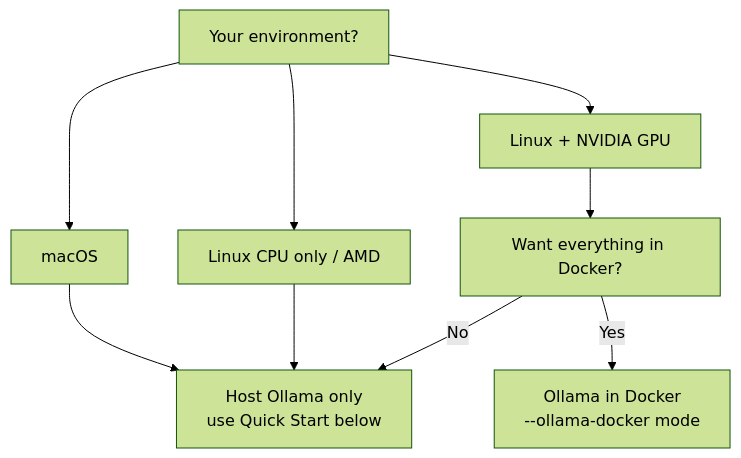
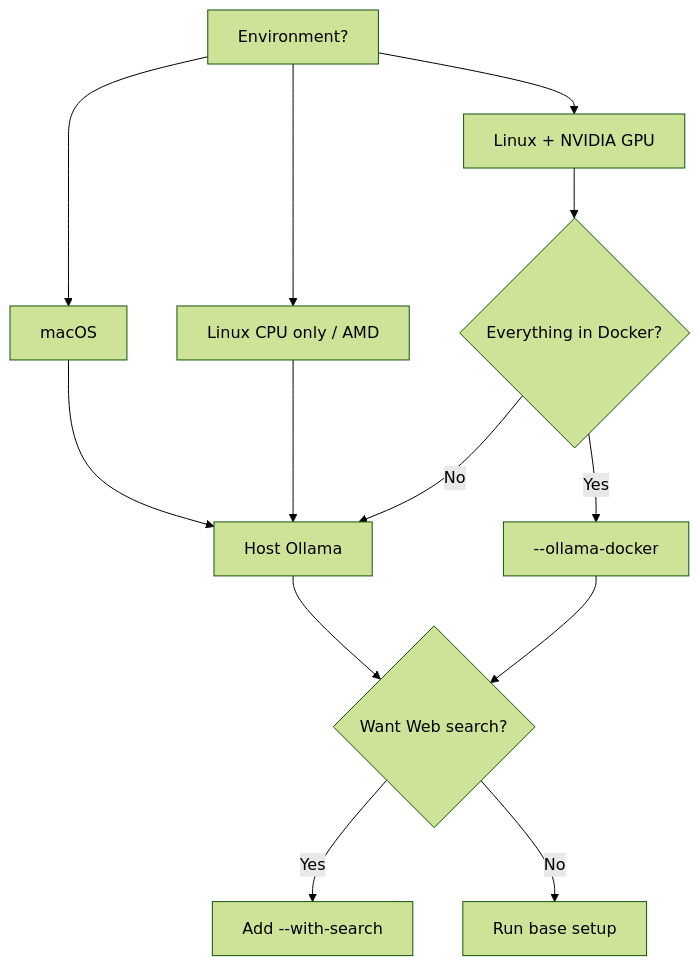
Before and after one commit to zephel01/hermes-docker-ollama-template: the second of 2 diagrams in README.en.md, drawn with Mermaid (forest theme). The commit also changed other lines of this file and 18 other files, not shown here.

````diff
--- a/README.en.md
+++ b/README.en.md
@@ -92,11 +100,15 @@
 ```mermaid
 flowchart TD
-    A[Your environment?] --> B[macOS]
+    A[Environment?] --> B[macOS]
     A --> C[Linux + NVIDIA GPU]
     A --> D[Linux CPU only / AMD]
-    B --> E[Host Ollama only<br/>use Quick Start below]
-    C --> F[Want everything in Docker?]
+    B --> E[Host Ollama]
+    C --> F{Everything in Docker?}
     D --> E
-    F -->|Yes| G[Ollama in Docker<br/>--ollama-docker mode]
+    F -->|Yes| G[--ollama-docker]
     F -->|No| E
+    E --> H{Want Web search?}
+    G --> H
+    H -->|Yes| I[Add --with-search]
+    H -->|No| J[Run base setup]
 ```
````
